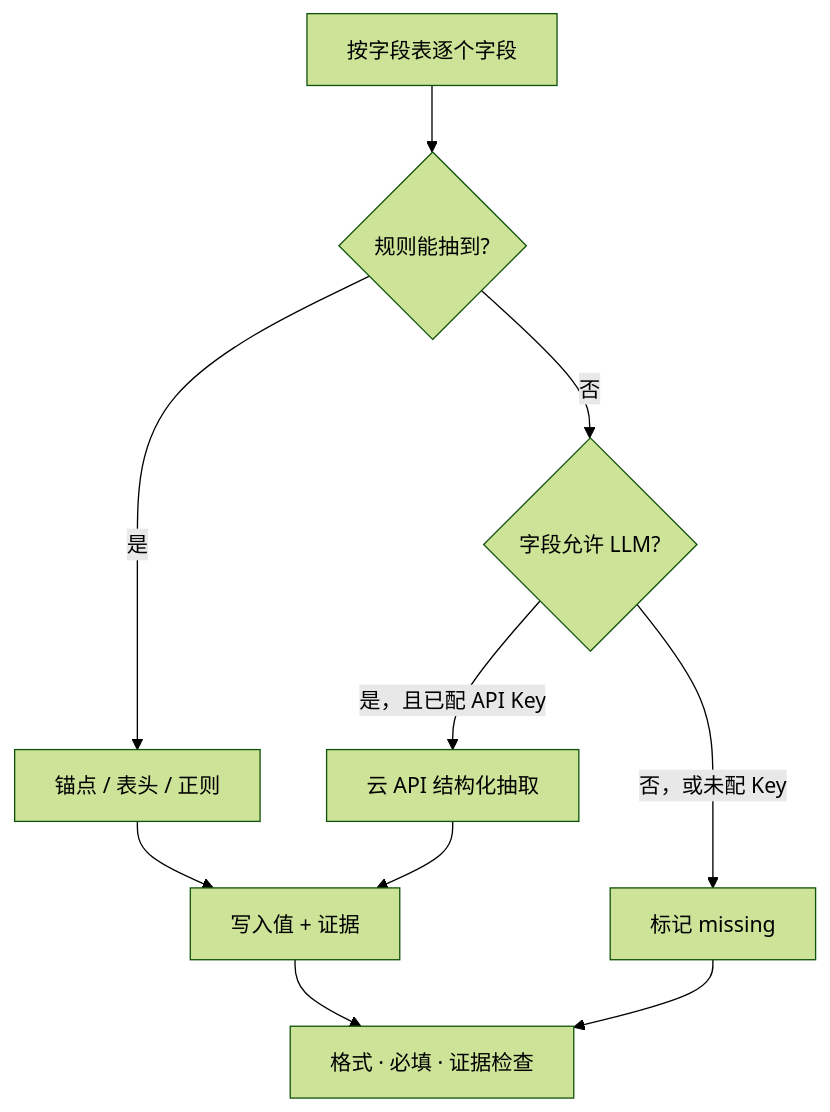
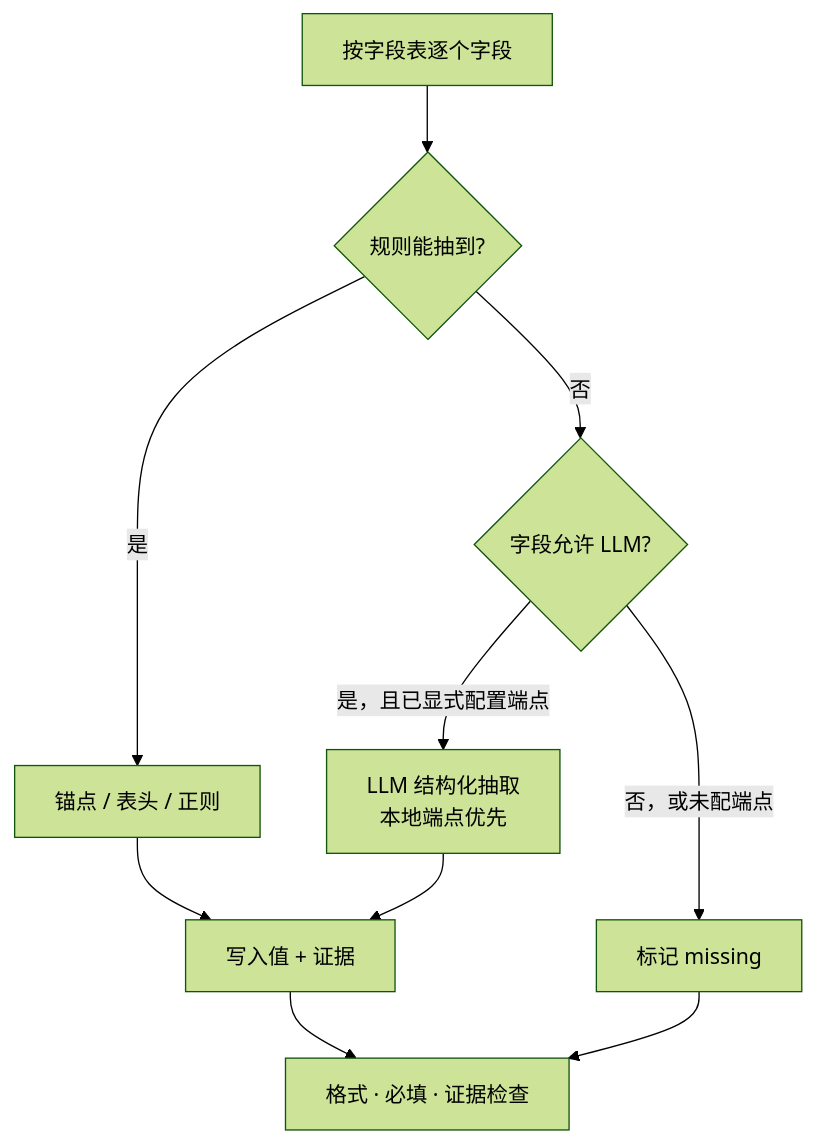
Before and after one commit to Baldwinzc/docparse: the second of 4 diagrams in README.md, drawn with Mermaid (forest theme). The commit also changed other lines of this file and 12 other files, not shown here.

````diff
--- a/README.md
+++ b/README.md
@@ -41,12 +41,12 @@
 ```mermaid
 flowchart TD
     H0[按字段表逐个字段] --> H1{规则能抽到?}
     H1 -->|是| H2[锚点 / 表头 / 正则]
     H1 -->|否| H3{字段允许 LLM?}
-    H3 -->|是，且已配 API Key| H4[云 API 结构化抽取]
-    H3 -->|否，或未配 Key| H5[标记 missing]
+    H3 -->|是，且已显式配置端点| H4[LLM 结构化抽取<br/>本地端点优先]
+    H3 -->|否，或未配端点| H5[标记 missing]
     H2 --> H6[写入值 + 证据]
     H4 --> H6
     H5 --> H7[进入校验]
     H6 --> H7[格式 · 必填 · 证据检查]
 ```
````
